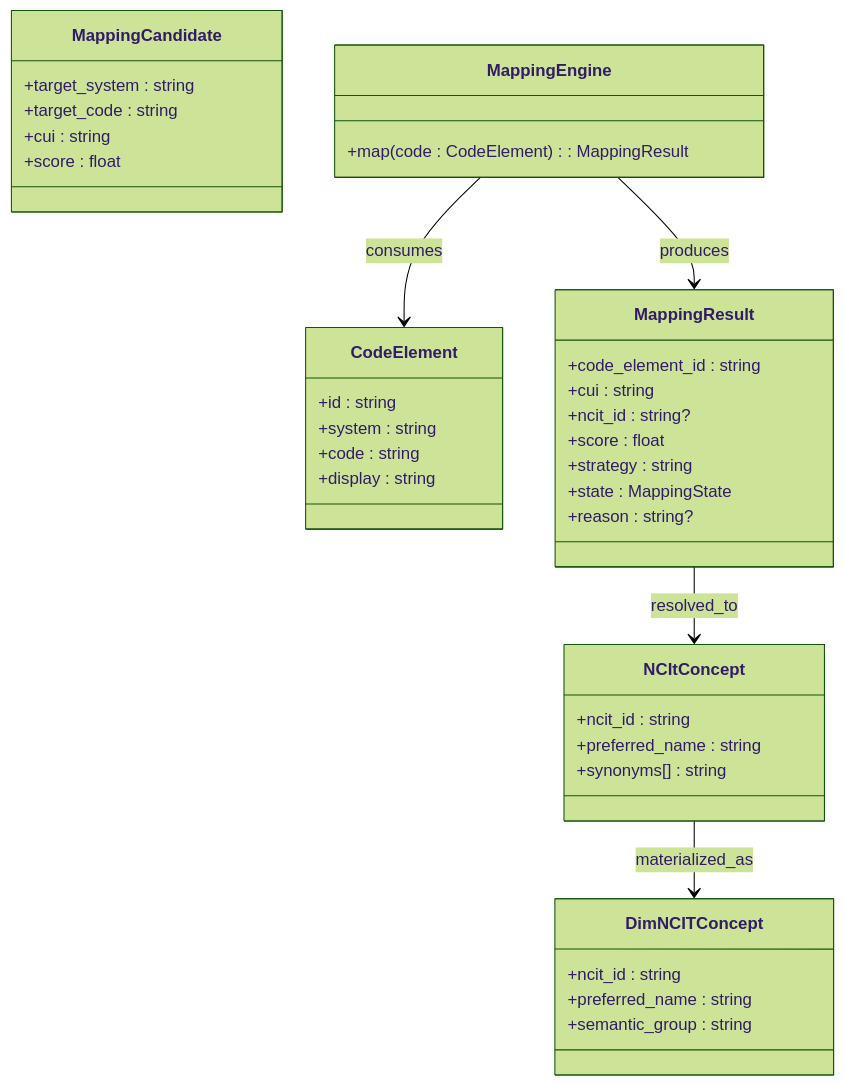
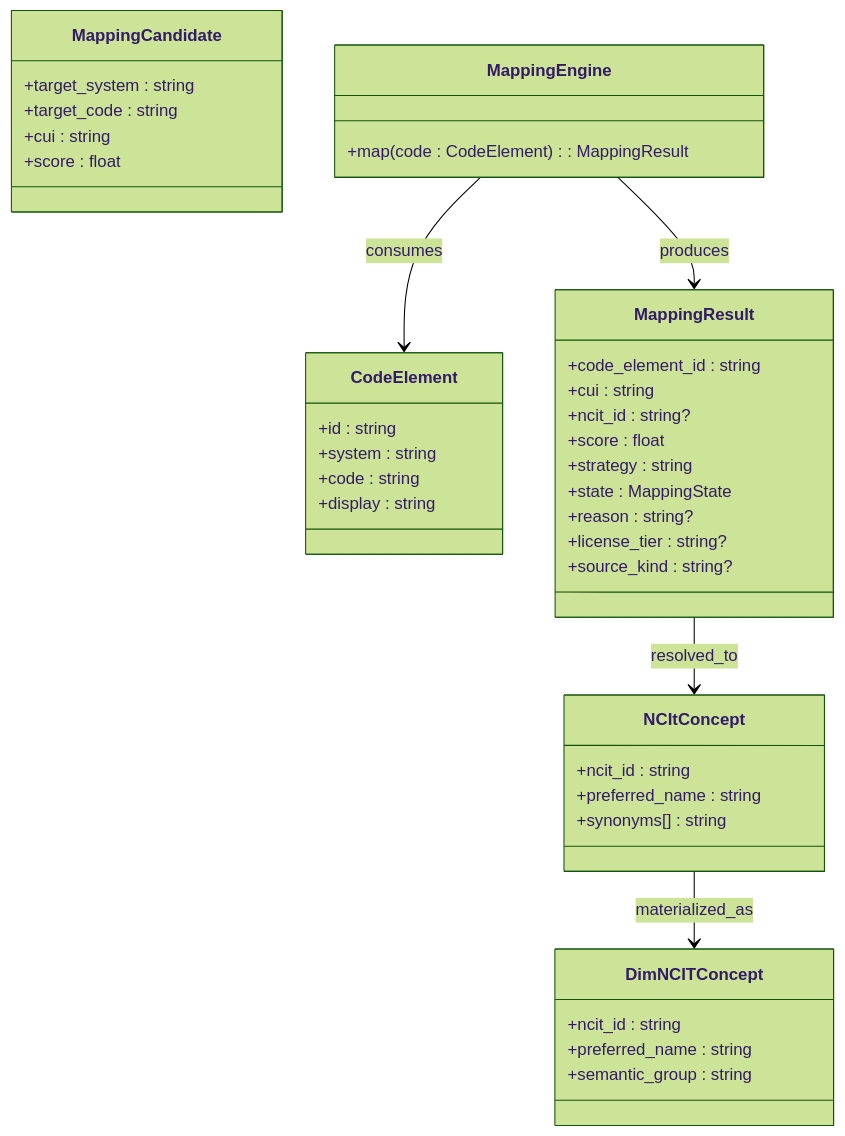
Before and after one commit to JonTDean/depth_forward_platonic_space-clinical_model: the diagram in docs/system-design/clinical/ncit/models/class-model.md, drawn with Mermaid (forest theme). The commit also changed other lines of this file and 16 other files, not shown here.

````diff
--- a/docs/system-design/clinical/ncit/models/class-model.md
+++ b/docs/system-design/clinical/ncit/models/class-model.md
@@ -3,47 +3,49 @@
 ```mermaid
 classDiagram
   class CodeElement {
     +id : string
     +system : string
     +code : string
     +display : string
   }
 
   class MappingCandidate {
     +target_system : string
     +target_code : string
     +cui : string
     +score : float
   }
 
   class MappingResult {
     +code_element_id : string
     +cui : string
     +ncit_id : string?
     +score : float
     +strategy : string
     +state : MappingState
     +reason : string?
+    +license_tier : string?
+    +source_kind : string?
   }
 
   class MappingEngine {
     +map(code : CodeElement) : MappingResult
   }
 
   class NCItConcept {
     +ncit_id : string
     +preferred_name : string
     +synonyms[] : string
   }
 
   class DimNCITConcept {
     +ncit_id : string
     +preferred_name : string
     +semantic_group : string
   }
 
   MappingEngine --> CodeElement : consumes
   MappingEngine --> MappingResult : produces
   MappingResult --> NCItConcept : resolved_to
   NCItConcept --> DimNCITConcept : materialized_as
 ```
````
